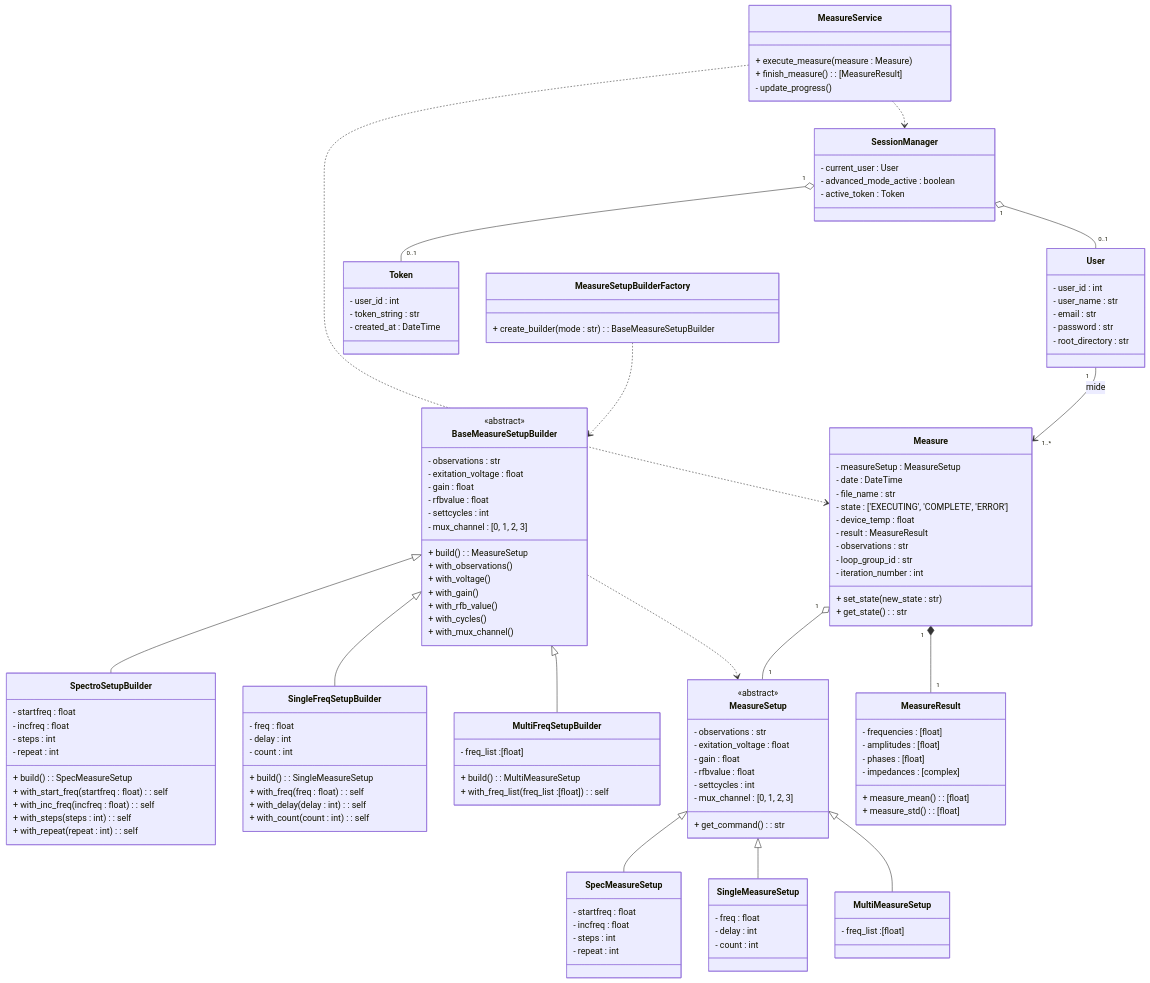
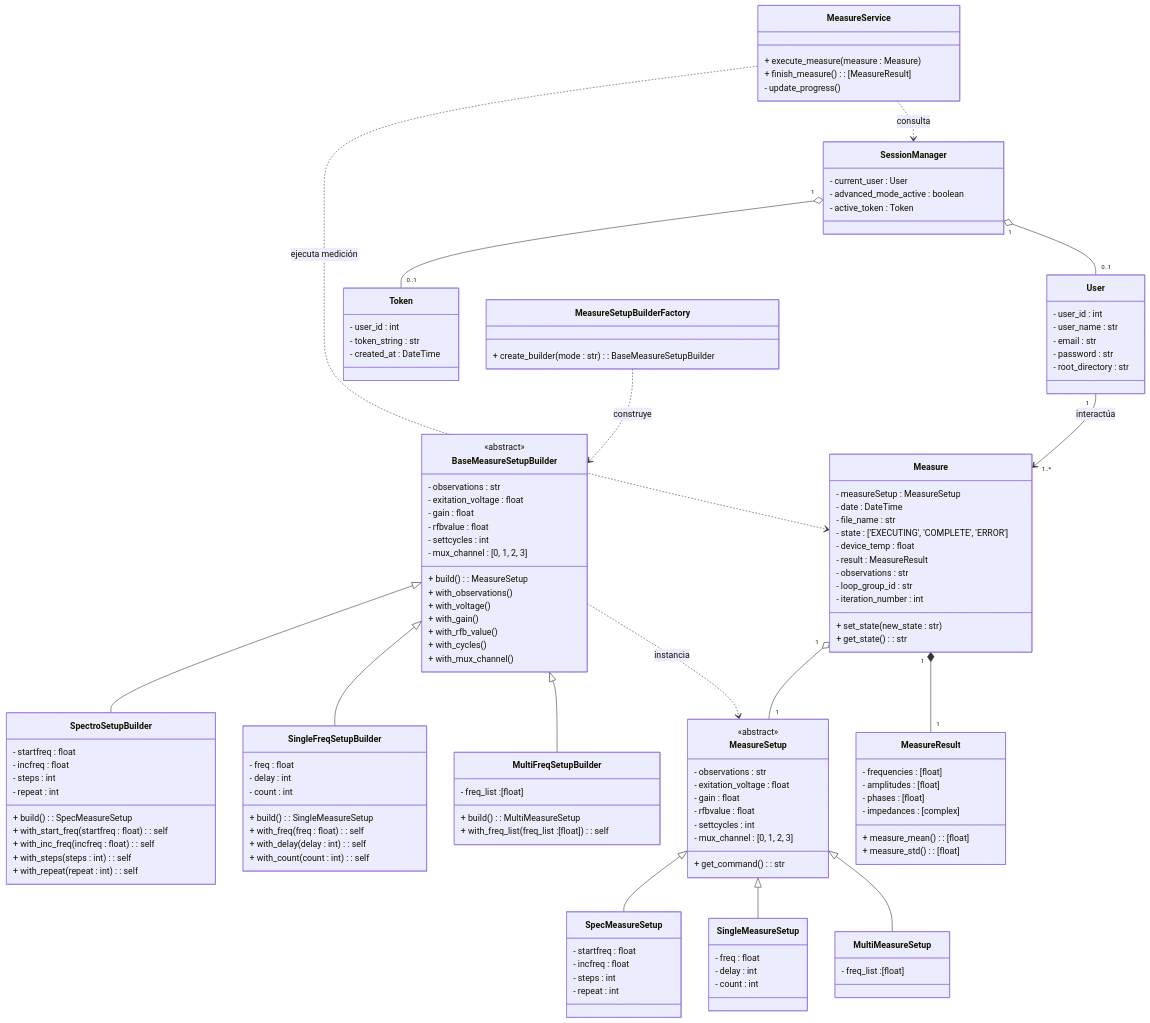
One commit to alegrelias/Repo-GMini changed the fourth of 6 diagrams in Gmini-MarkDown/Diagramas/Clases Conceptuales.md. Above: the diagram before and after it, drawn with Mermaid.

Commit message:
Se modifica diagrama de clases

```diff
--- a/Gmini-MarkDown/Diagramas/Clases Conceptuales.md
+++ b/Gmini-MarkDown/Diagramas/Clases Conceptuales.md
@@ -630,17 +630,17 @@
 }
 
 %% relaciones
-User "1"-->"1..*" Measure : mide
+User "1"-->"1..*" Measure : interactúa
 
-MeasureSetupBuilderFactory ..> BaseMeasureSetupBuilder
+MeasureSetupBuilderFactory ..> BaseMeasureSetupBuilder : construye
 
 Measure "1"o--"1" MeasureSetup
 Measure "1"*--"1" MeasureResult
 
-BaseMeasureSetupBuilder ..> MeasureSetup
+BaseMeasureSetupBuilder ..> MeasureSetup : instancia
 
-MeasureService ..> Measure
-MeasureService ..> SessionManager
+MeasureService ..> Measure : ejecuta medición
+MeasureService ..> SessionManager : consulta
 
 SessionManager "1"o--"0..1" Token
 SessionManager "1"o--"0..1" User
```
